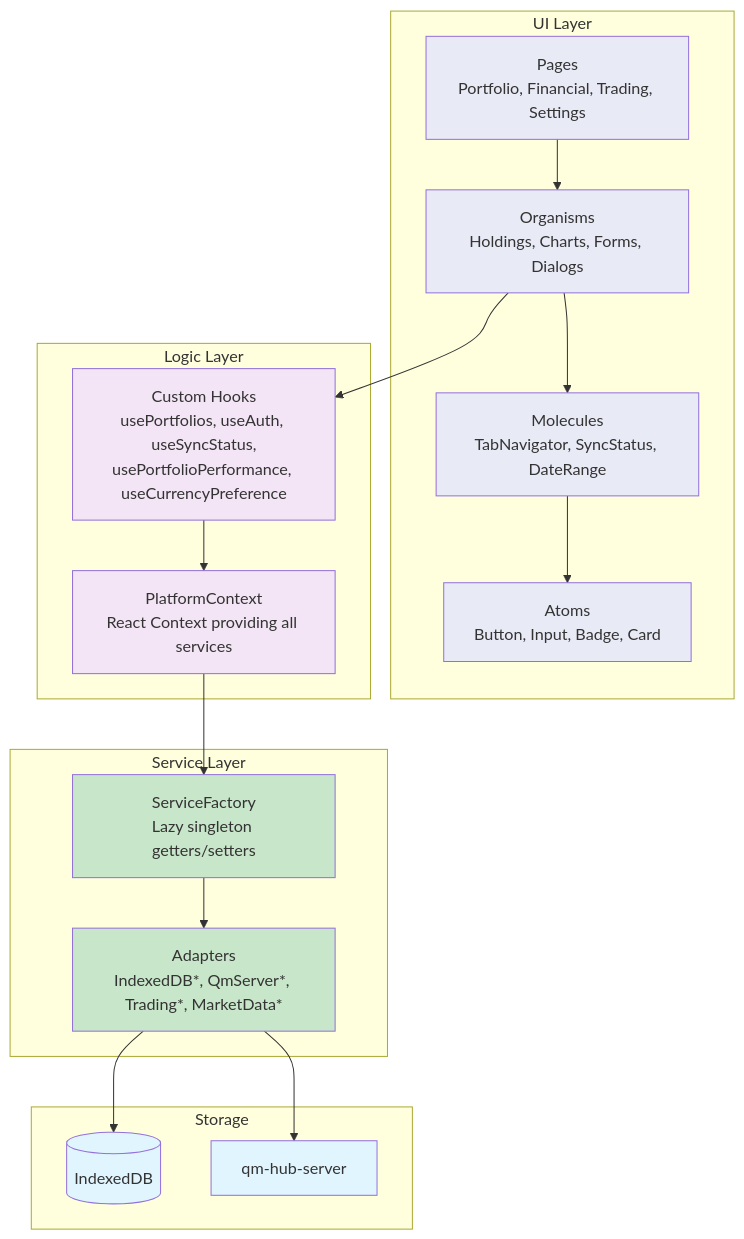
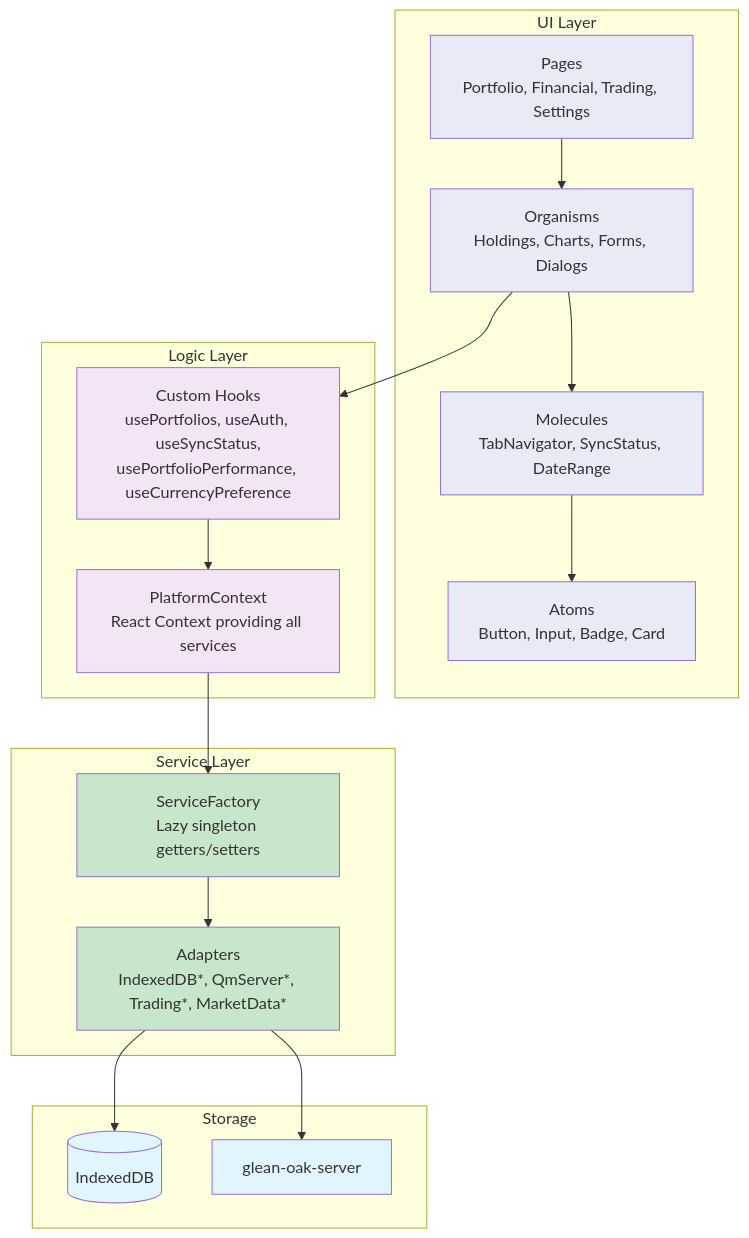
Before and after one commit to loidinhm31/fin-catch: the sixth of 9 diagrams in docs/architecture.md, drawn with Mermaid. The commit also changed other lines of this file and 42 other files, not shown here.

````diff
--- a/docs/architecture.md
+++ b/docs/architecture.md
@@ -331,39 +331,39 @@
 ```mermaid
 flowchart TB
     subgraph Presentation["UI Layer"]
         Pages[Pages<br/>Portfolio, Financial, Trading, Settings]
         Organisms[Organisms<br/>Holdings, Charts, Forms, Dialogs]
         Molecules[Molecules<br/>TabNavigator, SyncStatus, DateRange]
         Atoms[Atoms<br/>Button, Input, Badge, Card]
     end
 
     subgraph Logic["Logic Layer"]
         Hooks[Custom Hooks<br/>usePortfolios, useAuth, useSyncStatus,<br/>usePortfolioPerformance, useCurrencyPreference]
         Platform[PlatformContext<br/>React Context providing all services]
     end
 
     subgraph Services["Service Layer"]
         SF[ServiceFactory<br/>Lazy singleton getters/setters]
         Adapters[Adapters<br/>IndexedDB*, QmServer*, Trading*, MarketData*]
     end
 
     subgraph Storage["Storage"]
         IDB[(IndexedDB)]
-        Remote[qm-hub-server]
+        Remote[glean-oak-server]
     end
 
     Pages --> Organisms --> Molecules --> Atoms
     Organisms --> Hooks
     Hooks --> Platform --> SF --> Adapters
     Adapters --> IDB
     Adapters --> Remote
 
     classDef ui fill:#e8eaf6
     classDef logic fill:#f3e5f5
     classDef service fill:#c8e6c9
     classDef store fill:#e1f5fe
     class Pages,Organisms,Molecules,Atoms ui
     class Hooks,Platform logic
     class SF,Adapters service
     class IDB,Remote store
 ```
````
